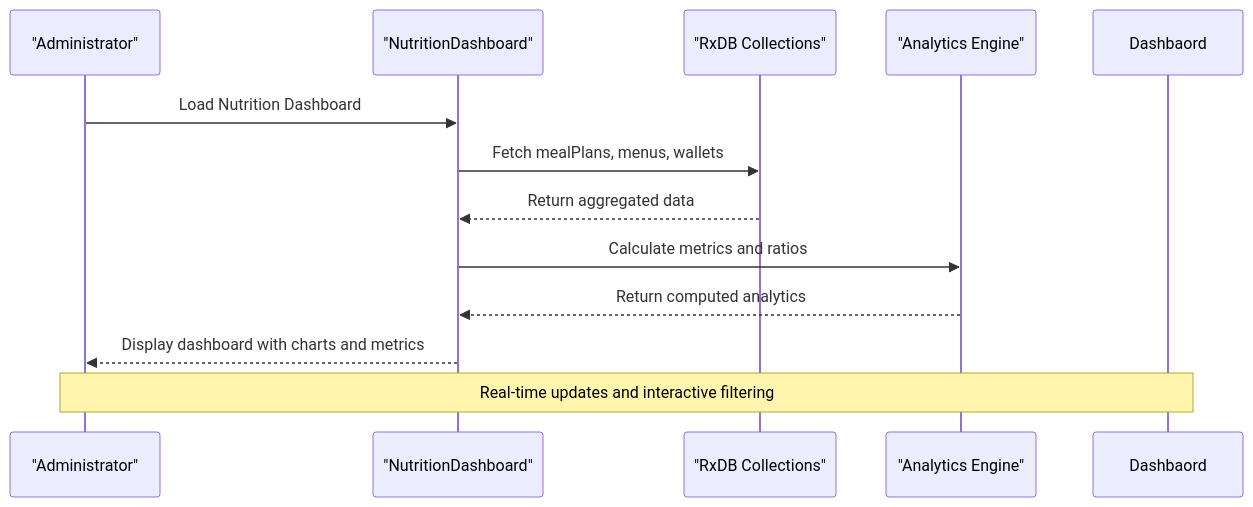
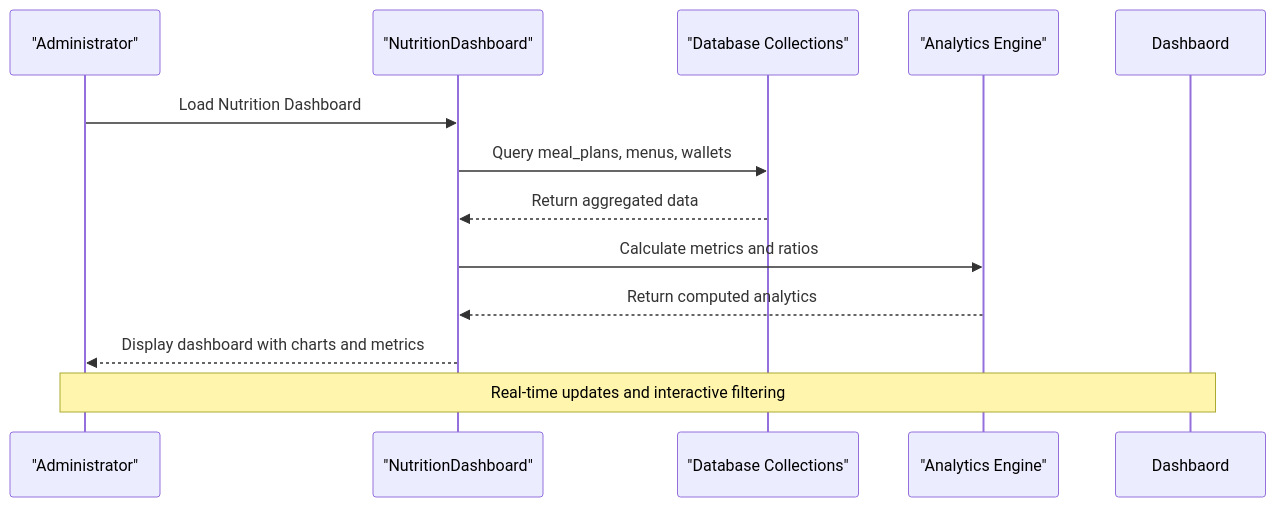
The tenth of 10 diagrams in .qoder/repowiki/en/content/Modules System/Nutrition Module.md (geniusdynamics/schoolpilot), drawn with Mermaid before and after one commit. The commit also changed other lines of this file and 16 other files, not shown here.

````diff
--- a/.qoder/repowiki/en/content/Modules System/Nutrition Module.md
+++ b/.qoder/repowiki/en/content/Modules System/Nutrition Module.md
@@ -339,14 +508,14 @@
 ```mermaid
 sequenceDiagram
 participant User as "Administrator"
 participant Dashboard as "NutritionDashboard"
-participant Data as "RxDB Collections"
+participant Data as "Database Collections"
 participant Analytics as "Analytics Engine"
 User->>Dashboard : Load Nutrition Dashboard
-Dashboard->>Data : Fetch mealPlans, menus, wallets
+Dashboard->>Data : Query meal_plans, menus, wallets
 Data-->>Dashboard : Return aggregated data
 Dashboard->>Analytics : Calculate metrics and ratios
 Analytics-->>Dashboard : Return computed analytics
 Dashboard-->>User : Display dashboard with charts and metrics
 Note over User,Dashbaord : Real-time updates and interactive filtering
 ```
````
